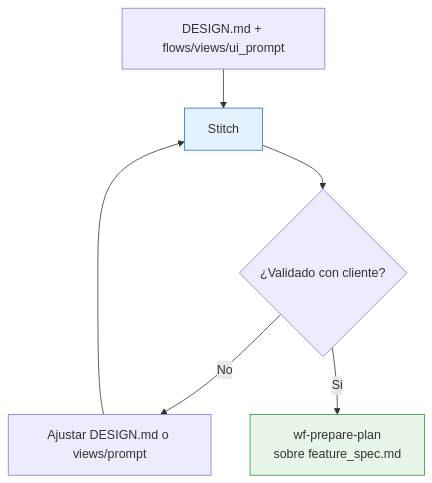
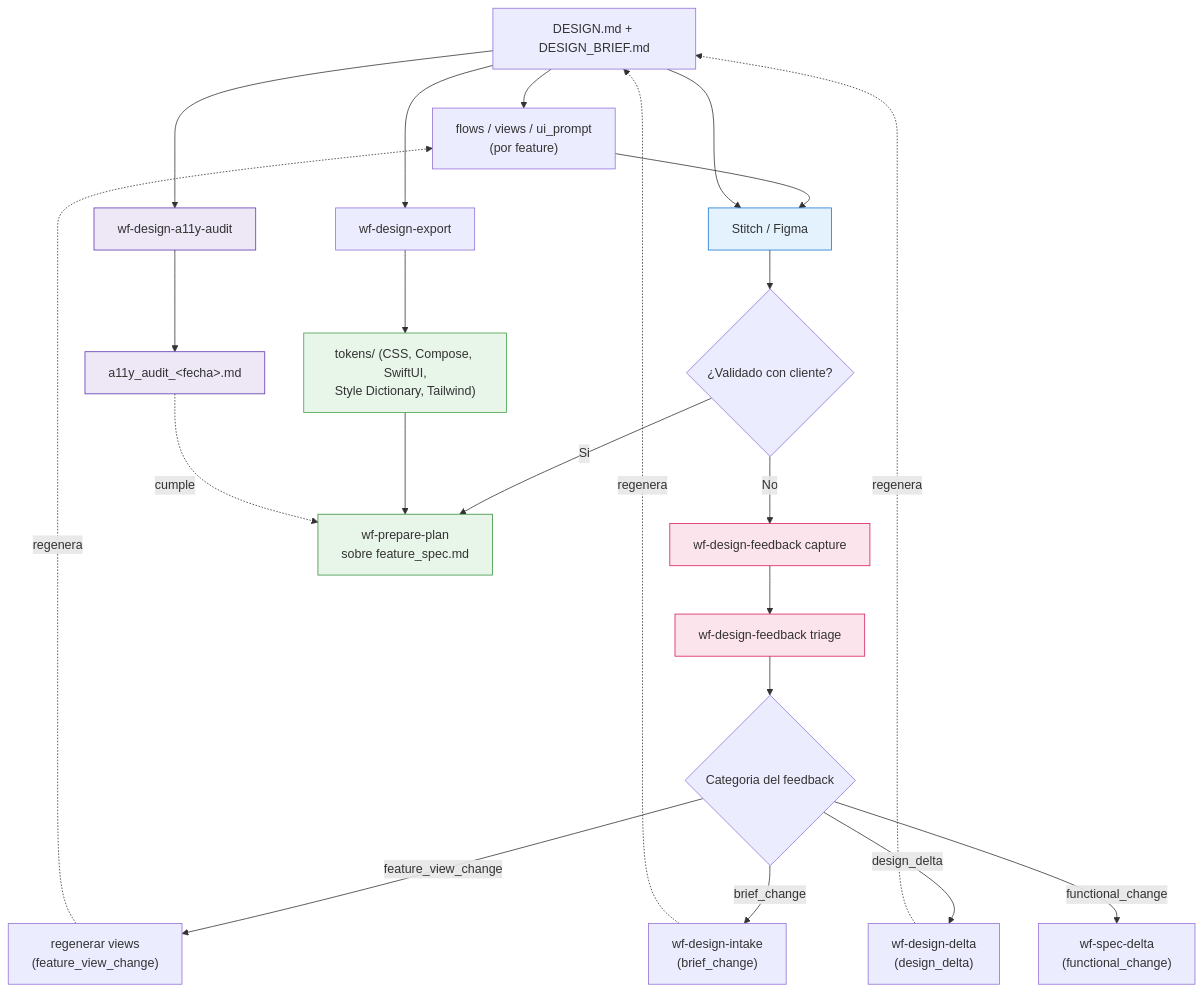
One commit to OspofeDeveloper/ai-dev-agents-lab changed the sixth of 9 diagrams in sdd/design/DIAGRAMS.md. Above: the diagram before and after it, drawn with Mermaid. The commit also changed other lines of this file and 193 other files, not shown here.

````diff
--- a/sdd/design/DIAGRAMS.md
+++ b/sdd/design/DIAGRAMS.md
@@ -113,12 +257,49 @@
 ```mermaid
 flowchart TD
-    Output["DESIGN.md + flows/views/ui_prompt"]
-    Output --> Stitch[Stitch]
-    Stitch --> Review{"¿Validado con cliente?"}
-    Review -->|No| Iterate["Ajustar DESIGN.md o views/prompt"]
-    Iterate --> Stitch
-    Review -->|Si| Plan["wf-prepare-plan<br/>sobre feature_spec.md"]
+    Design["DESIGN.md + DESIGN_BRIEF.md"]
+    Bundle["flows / views / ui_prompt<br/>(por feature)"]
+    Export["wf-design-export"]
+    Tokens["tokens/ (CSS, Compose, SwiftUI,<br/>Style Dictionary, Tailwind)"]
+    A11y["wf-design-a11y-audit"]
+    A11yReport["a11y_audit_&lt;fecha&gt;.md"]
+    Stitch["Stitch / Figma"]
+    Review{"¿Validado con cliente?"}
+    Feedback["wf-design-feedback capture"]
+    Triage["wf-design-feedback triage"]
+    Iterate{"Categoria del feedback"}
+    BackToBrief["wf-design-intake<br/>(brief_change)"]
+    BackToDelta["wf-design-delta<br/>(design_delta)"]
+    BackToView["regenerar views<br/>(feature_view_change)"]
+    BackToSpec["wf-spec-delta<br/>(functional_change)"]
+    Plan["wf-prepare-plan<br/>sobre feature_spec.md"]
+
+    Design --> Bundle
+    Design --> Export
+    Export --> Tokens
+    Design --> A11y
+    A11y --> A11yReport
+    Bundle --> Stitch
+    Design --> Stitch
+    Stitch --> Review
+    Review -->|No| Feedback
+    Feedback --> Triage
+    Triage --> Iterate
+    Iterate -->|brief_change| BackToBrief
+    Iterate -->|design_delta| BackToDelta
+    Iterate -->|feature_view_change| BackToView
+    Iterate -->|functional_change| BackToSpec
+    BackToBrief -.regenera.-> Design
+    BackToDelta -.regenera.-> Design
+    BackToView -.regenera.-> Bundle
+    Review -->|Si| Plan
+    Tokens --> Plan
+    A11yReport -.cumple.-> Plan
 
     style Stitch fill:#e3f2fd,stroke:#1976d2
     style Plan fill:#e8f5e9,stroke:#388e3c
+    style Tokens fill:#e8f5e9,stroke:#43a047
+    style Feedback fill:#fce4ec,stroke:#d81b60
+    style Triage fill:#fce4ec,stroke:#d81b60
+    style A11y fill:#ede7f6,stroke:#5e35b1
+    style A11yReport fill:#ede7f6,stroke:#5e35b1
 ```
````
